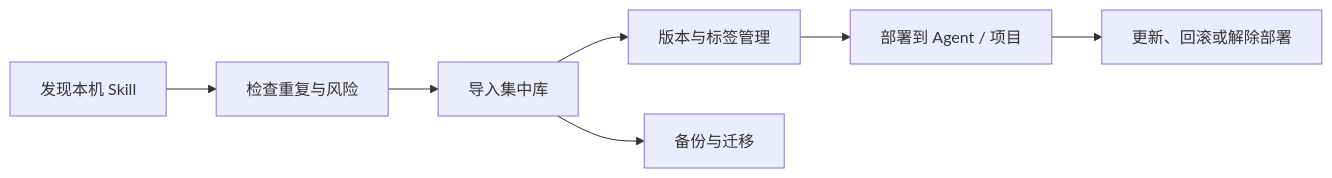
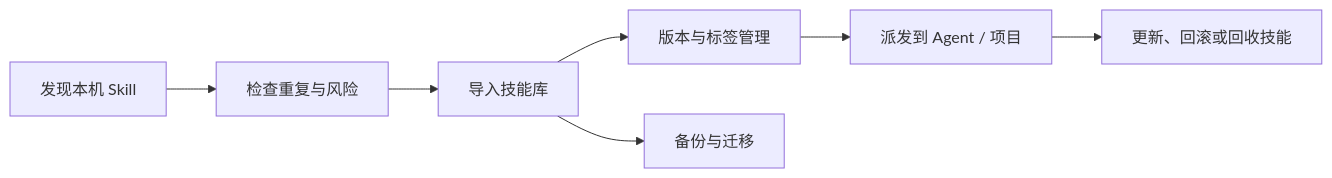
The diagram in README.md (crocketc/skill-hub), drawn with Mermaid before and after one commit. The commit also changed other lines of this file and 26 other files, not shown here.

````diff
--- a/README.md
+++ b/README.md
@@ -74,9 +74,9 @@
 ```mermaid
 flowchart LR
     A[发现本机 Skill] --> B[检查重复与风险]
-    B --> C[导入集中库]
+    B --> C[导入技能库]
     C --> D[版本与标签管理]
-    D --> E[部署到 Agent / 项目]
-    E --> F[更新、回滚或解除部署]
+    D --> E[派发到 Agent / 项目]
+    E --> F[更新、回滚或回收技能]
     C --> G[备份与迁移]
 ```
````
